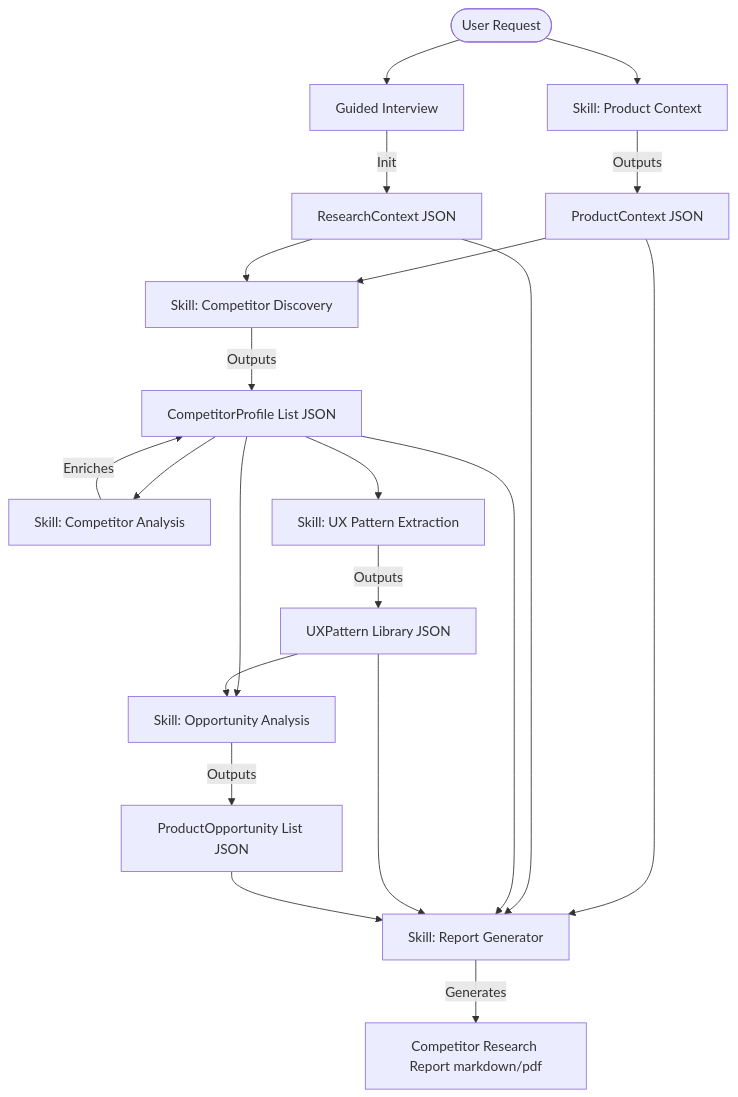
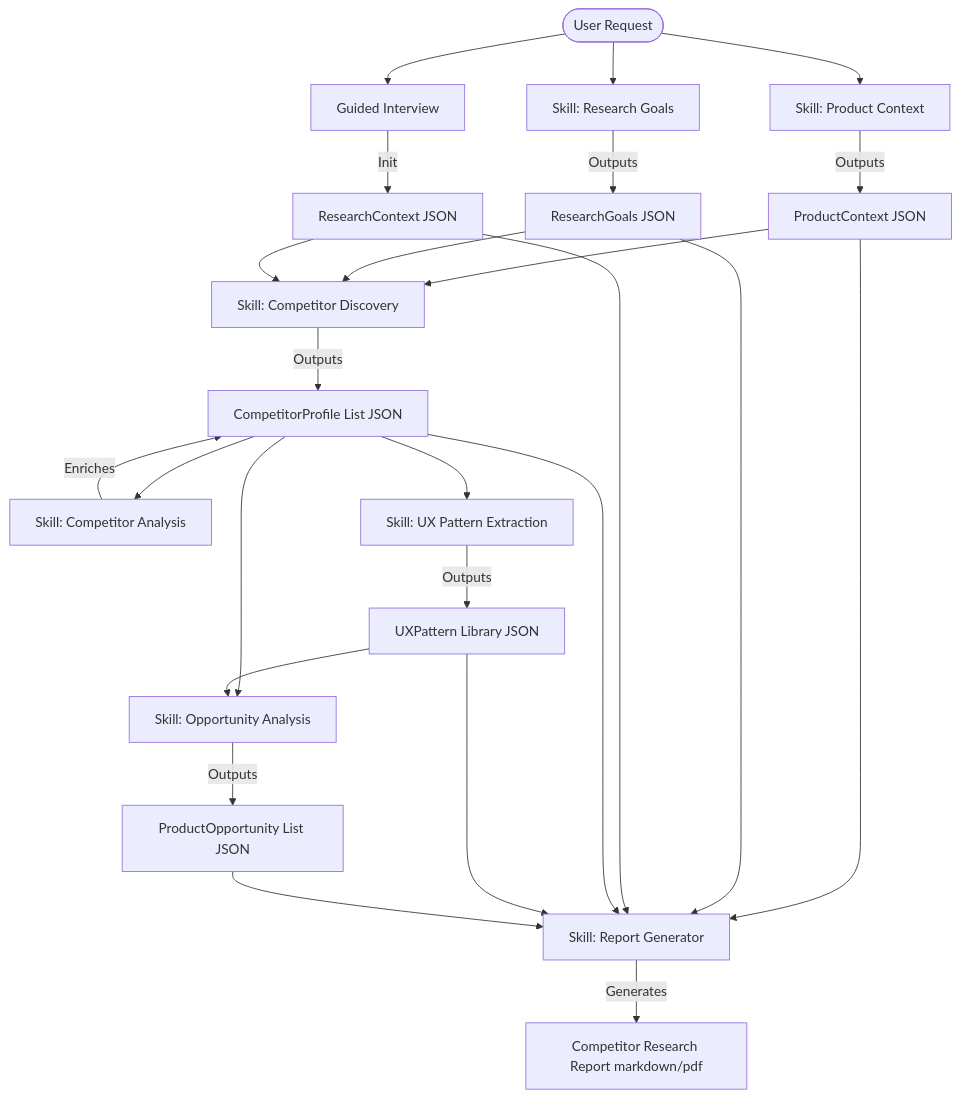
One commit to sujayadithya/Competitor-Analysis-Workflow changed the diagram in docs/architecture.md. Above: the diagram before and after it, drawn with Mermaid. The commit also changed other lines of this file and 2 other files, not shown here.

Commit message:
Phase 3: Research Goals Skill

````diff
--- a/docs/architecture.md
+++ b/docs/architecture.md
@@ -11,17 +11,19 @@
 ```mermaid
 graph TD
     User([User Request]) --> PC[Skill: Product Context]
     PC --> |Outputs| PCData[ProductContext JSON]
+    User --> RGSkill[Skill: Research Goals]
+    RGSkill --> |Outputs| RGData[ResearchGoals JSON]
     User --> Q[Guided Interview]
     Q --> |Init| RC[ResearchContext JSON]
-    PCData & RC --> SD[Skill: Competitor Discovery]
+    PCData & RGData & RC --> SD[Skill: Competitor Discovery]
     SD --> |Outputs| CPList[CompetitorProfile List JSON]
     CPList --> SA[Skill: Competitor Analysis]
     SA --> |Enriches| CPList
     CPList --> UX[Skill: UX Pattern Extraction]
     UX --> |Outputs| UXPL[UXPattern Library JSON]
     CPList & UXPL --> OA[Skill: Opportunity Analysis]
     OA --> |Outputs| POList[ProductOpportunity List JSON]
-    PCData & RC & CPList & UXPL & POList --> RG[Skill: Report Generator]
+    PCData & RGData & RC & CPList & UXPL & POList --> RG[Skill: Report Generator]
     RG --> |Generates| FinalReport[Competitor Research Report markdown/pdf]
 ```
````
